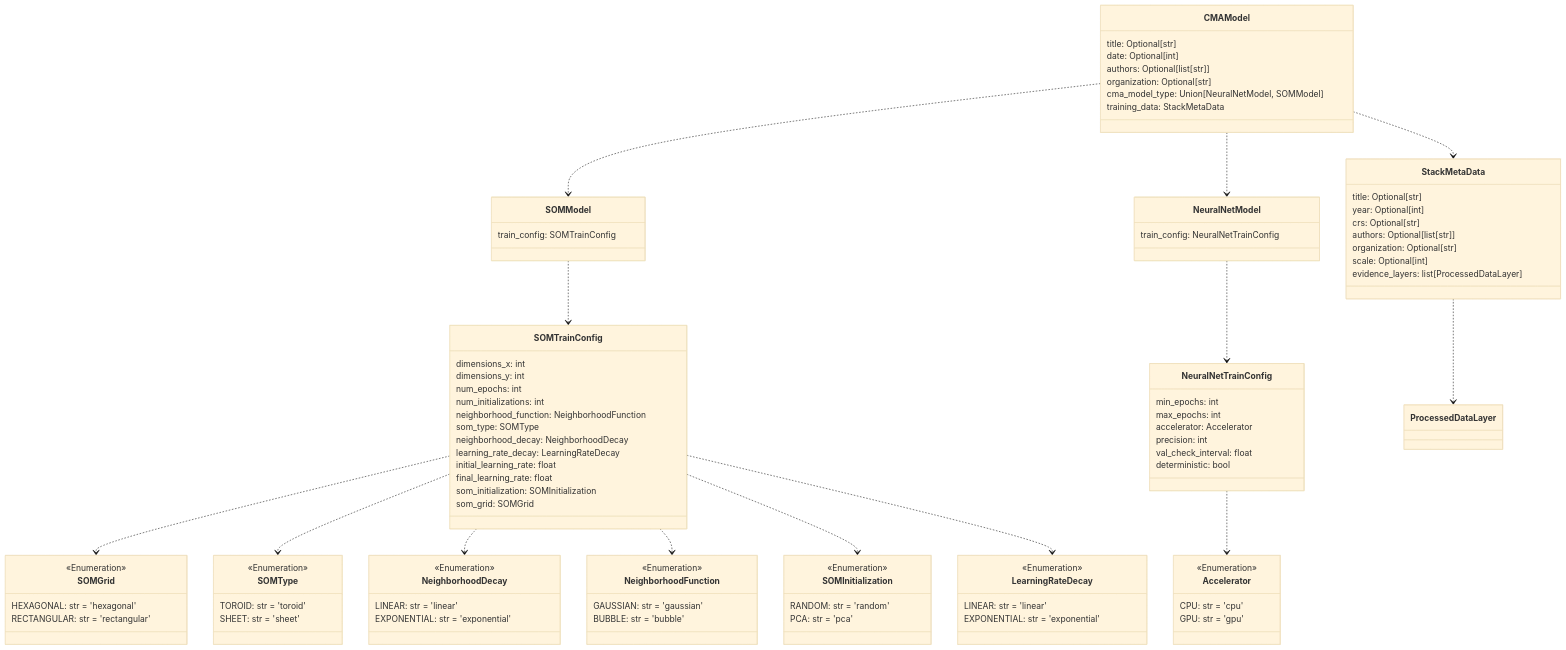
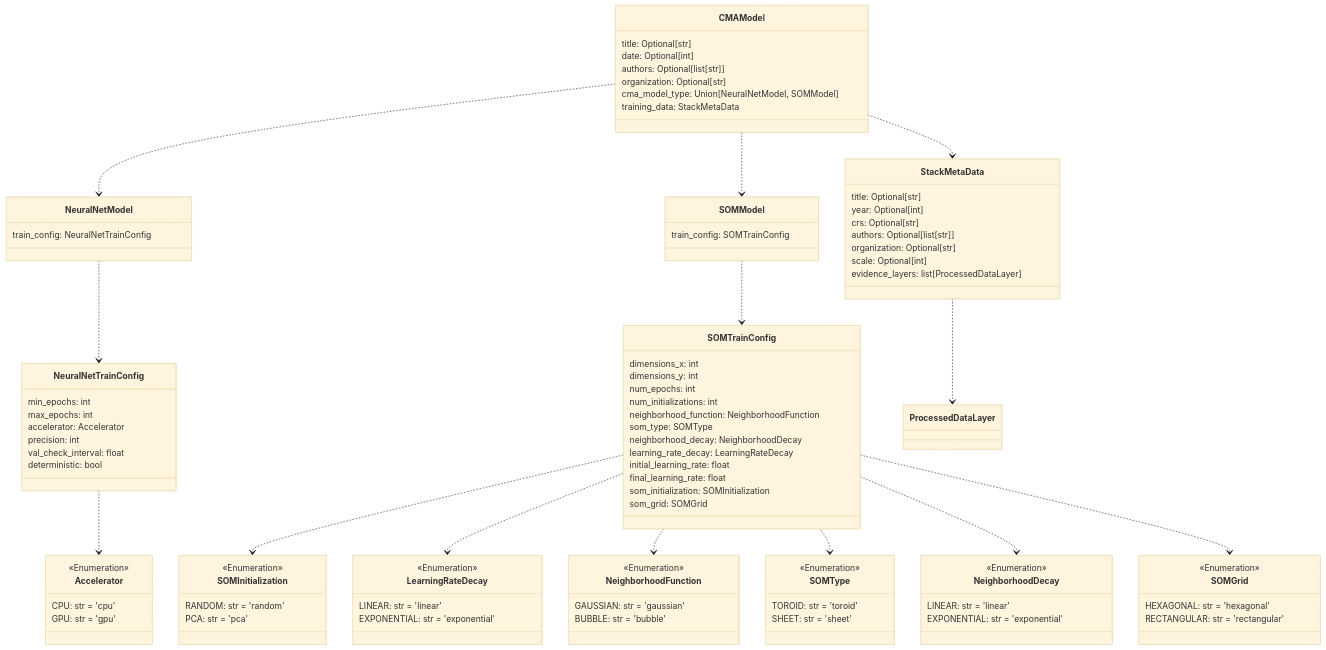
One commit to DARPA-CRITICALMAAS/cdr_schemas changed diagram 14 of 14 in README.md. Above: the diagram before and after it, drawn with Mermaid (base theme). The commit also changed other lines of this file and 1 other file, not shown here.

````diff
--- a/README.md
+++ b/README.md
@@ -1058,61 +1058,23 @@
 ```mermaid
 classDiagram
 
-    class SOMGrid {
-        <<Enumeration>>
-        HEXAGONAL: str = 'hexagonal'
-        RECTANGULAR: str = 'rectangular'
+    class SOMModel {
+        train_config: SOMTrainConfig
     }
 
-    class Accelerator {
-        <<Enumeration>>
-        CPU: str = 'cpu'
-        GPU: str = 'gpu'
+    class CMAModel {
+        title: Optional[str]
+        date: Optional[int]
+        authors: Optional[list[str]]
+        organization: Optional[str]
+        cma_model_type: Union[NeuralNetModel, SOMModel]
+        training_data: StackMetaData
     }
 
     class NeighborhoodDecay {
         <<Enumeration>>
         LINEAR: str = 'linear'
         EXPONENTIAL: str = 'exponential'
-    }
-
-    class NeighborhoodFunction {
-        <<Enumeration>>
-        GAUSSIAN: str = 'gaussian'
-        BUBBLE: str = 'bubble'
-    }
-
-    class SOMInitialization {
-        <<Enumeration>>
-        RANDOM: str = 'random'
-        PCA: str = 'pca'
-    }
-
-    class NeuralNetTrainConfig {
-        min_epochs: int
-        max_epochs: int
-        accelerator: Accelerator
-        precision: int
-        val_check_interval: float
-        deterministic: bool
-    }
-
-    class SOMModel {
-        train_config: SOMTrainConfig
-    }
-
-    class StackMetaData {
-        title: Optional[str]
-        year: Optional[int]
-        crs: Optional[str]
-        authors: Optional[list[str]]
-        organization: Optional[str]
-        scale: Optional[int]
-        evidence_layers: list[ProcessedDataLayer]
-    }
-
-    class NeuralNetModel {
-        train_config: NeuralNetTrainConfig
     }
 
     class SOMType {
@@ -1136,13 +1098,25 @@
         som_grid: SOMGrid
     }
 
-    class CMAModel {
-        title: Optional[str]
-        date: Optional[int]
-        authors: Optional[list[str]]
-        organization: Optional[str]
-        cma_model_type: Union[NeuralNetModel, SOMModel]
-        training_data: StackMetaData
+    class SOMGrid {
+        <<Enumeration>>
+        HEXAGONAL: str = 'hexagonal'
+        RECTANGULAR: str = 'rectangular'
+    }
+
+    class Accelerator {
+        <<Enumeration>>
+        CPU: str = 'cpu'
+        GPU: str = 'gpu'
+    }
+
+    class NeuralNetTrainConfig {
+        min_epochs: int
+        max_epochs: int
+        accelerator: Accelerator
+        precision: int
+        val_check_interval: float
+        deterministic: bool
     }
 
     class LearningRateDecay {
@@ -1151,18 +1125,44 @@
         EXPONENTIAL: str = 'exponential'
     }
 
+    class SOMInitialization {
+        <<Enumeration>>
+        RANDOM: str = 'random'
+        PCA: str = 'pca'
+    }
+
+    class StackMetaData {
+        title: Optional[str]
+        year: Optional[int]
+        crs: Optional[str]
+        authors: Optional[list[str]]
+        organization: Optional[str]
+        scale: Optional[int]
+        evidence_layers: list[ProcessedDataLayer]
+    }
+
+    class NeuralNetModel {
+        train_config: NeuralNetTrainConfig
+    }
+
+    class NeighborhoodFunction {
+        <<Enumeration>>
+        GAUSSIAN: str = 'gaussian'
+        BUBBLE: str = 'bubble'
+    }
+
     StackMetaData ..> ProcessedDataLayer
     NeuralNetTrainConfig ..> Accelerator
-    SOMTrainConfig ..> SOMGrid
+    SOMTrainConfig ..> SOMInitialization
+    SOMTrainConfig ..> LearningRateDecay
+    SOMTrainConfig ..> NeighborhoodFunction
     SOMTrainConfig ..> SOMType
     SOMTrainConfig ..> NeighborhoodDecay
-    SOMTrainConfig ..> NeighborhoodFunction
-    SOMTrainConfig ..> SOMInitialization
-    SOMTrainConfig ..> LearningRateDecay
+    SOMTrainConfig ..> SOMGrid
     NeuralNetModel ..> NeuralNetTrainConfig
     SOMModel ..> SOMTrainConfig
+    CMAModel ..> NeuralNetModel
     CMAModel ..> SOMModel
-    CMAModel ..> NeuralNetModel
     CMAModel ..> StackMetaData
 
 
````
